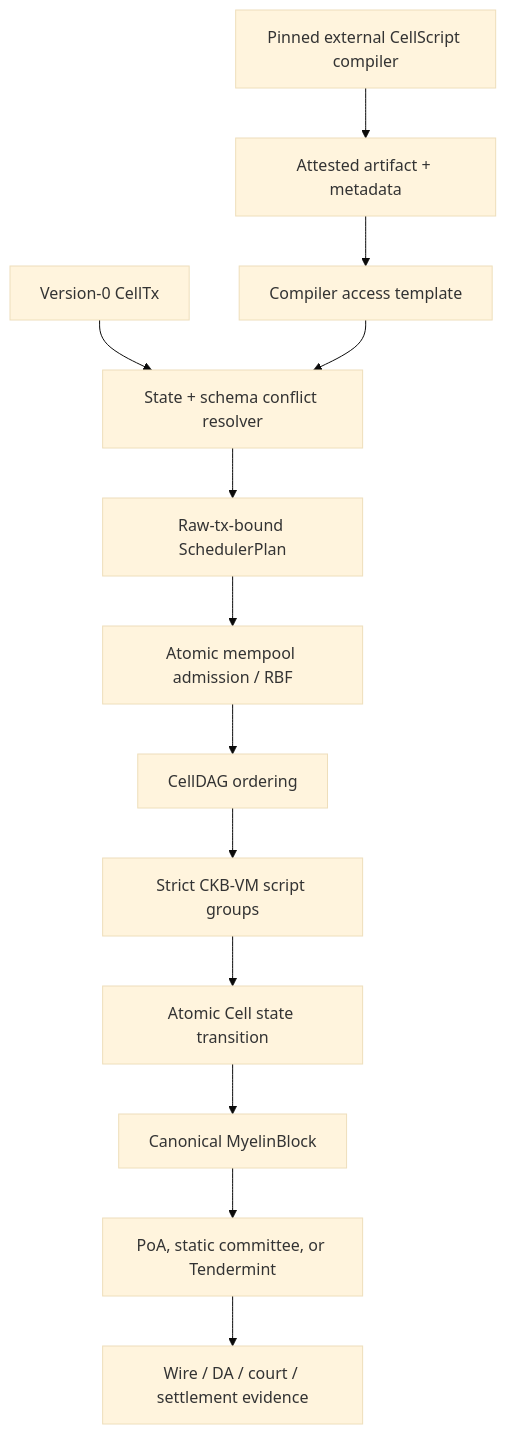
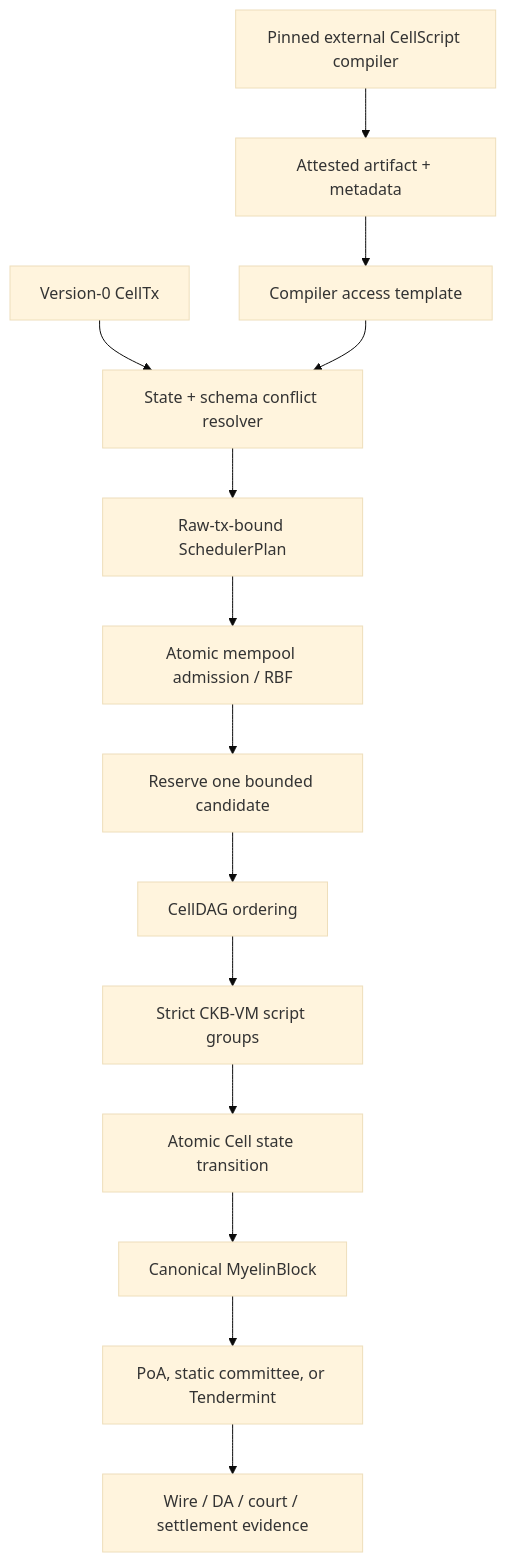
The diagram in docs/MYELIN_ARCHITECTURE.md (Myelin-Labs/Myelin), drawn with Mermaid (base theme) before and after one commit. The commit also changed other lines of this file and 13 other files, not shown here.

````diff
--- a/docs/MYELIN_ARCHITECTURE.md
+++ b/docs/MYELIN_ARCHITECTURE.md
@@ -33,15 +33,16 @@
 ```mermaid
 flowchart TD
     CS["Pinned external CellScript compiler"] --> CA["Attested artifact + metadata"]
     CA --> CT["Compiler access template"]
     TX["Version-0 CellTx"] --> CR["State + schema conflict resolver"]
     CT --> CR
     CR --> SP["Raw-tx-bound SchedulerPlan"]
     SP --> MP["Atomic mempool admission / RBF"]
-    MP --> DAG["CellDAG ordering"]
+    MP --> PR["Reserve one bounded candidate"]
+    PR --> DAG["CellDAG ordering"]
     DAG --> VM["Strict CKB-VM script groups"]
     VM --> ST["Atomic Cell state transition"]
     ST --> BL["Canonical MyelinBlock"]
     BL --> FN["PoA, static committee, or Tendermint"]
     FN --> EV["Wire / DA / court / settlement evidence"]
 ```
````
